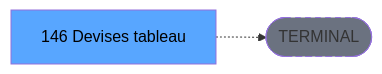
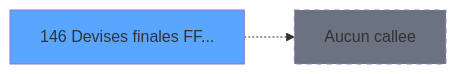
Before and after one commit to thonyAGP/magic-migration: the third of 3 diagrams in .openspec/specs/ADH-IDE-146.md, drawn with Mermaid. The commit also changed other lines of this file and 311 other files, not shown here.

````diff
--- a/.openspec/specs/ADH-IDE-146.md
+++ b/.openspec/specs/ADH-IDE-146.md
@@ -140,8 +168,8 @@
 ```mermaid
 graph LR
-    T[146 Devises tableau]
-    TERM([TERMINAL])
-    T -.-> TERM
-    style TERM fill:#6b7280,stroke-dasharray: 5 5
-    style T fill:#58a6ff,color:#000
+    T146[146 Devises finales FF...]
+    style T146 fill:#58a6ff
+    NONE[Aucun callee]
+    T146 -.-> NONE
+    style NONE fill:#6b7280,stroke-dasharray: 5 5
 ```
````
